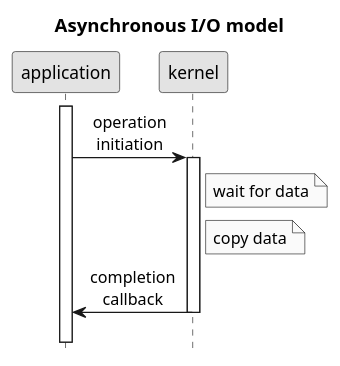
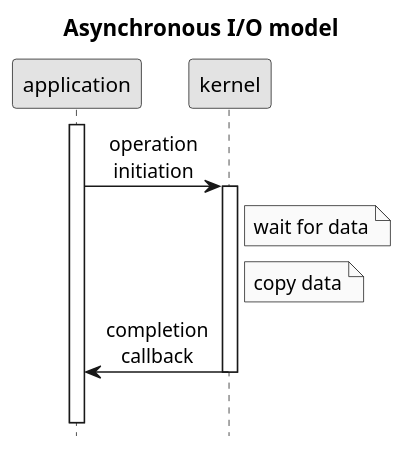
One commit to c0p4c4b4n4/demo-sockets-io-nio-nio2 changed the diagram in .images/asynchronous IO model.puml. Above: the diagram before and after it, drawn with PlantUML. The commit also changed 9 other files, not shown here.

```diff
--- a/.images/asynchronous IO model.puml
+++ b/.images/asynchronous IO model.puml
@@ -1,16 +1,17 @@
 @startuml
+scale 1.2
 title Asynchronous I/O model
 hide footbox
 skinparam monochrome true
 skinparam defaultFontName Microsoft Sans Serif
 skinparam titleFontSize 15
 skinparam sequenceMessageAlign center
 activate application
 application->kernel: operation\ninitiation
 activate kernel
 Note right of kernel: wait for data
 Note right of kernel: copy data
 kernel->application: completion\ncallback
 deactivate kernel
-||15||
+||25||
 @enduml
```
